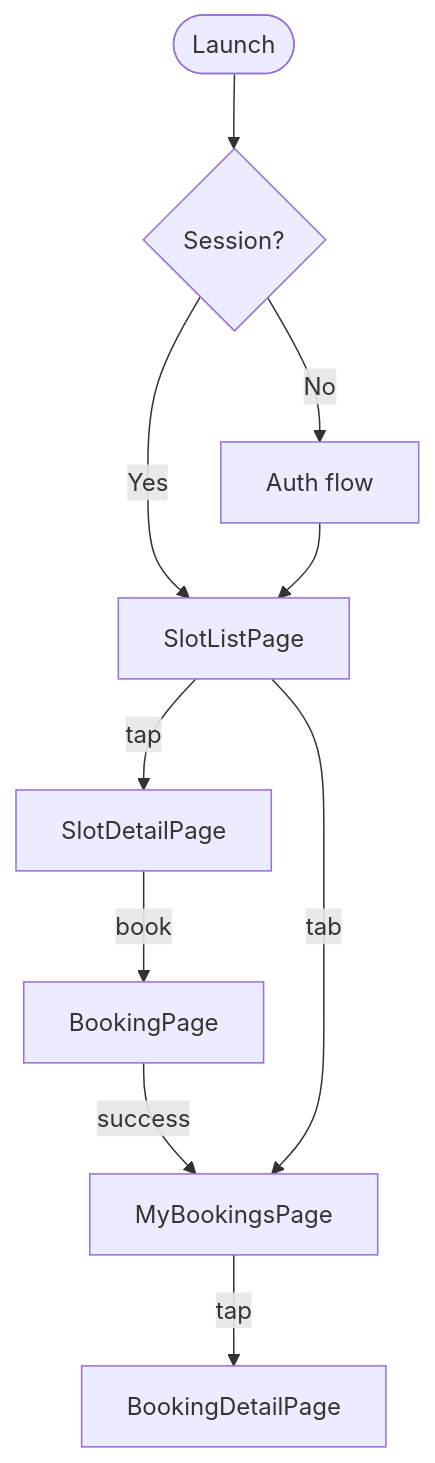
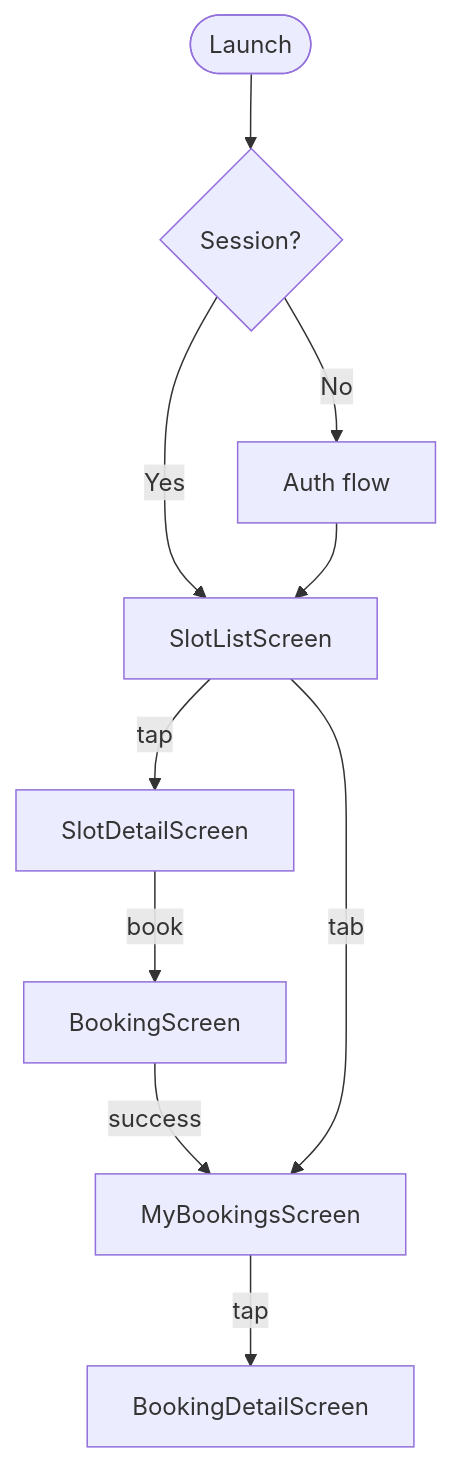
One commit to noragami66/Surf changed the first of 2 diagrams in docs/02-architecture.md. Above: the diagram before and after it, drawn with Mermaid. The commit also changed other lines of this file and 7 other files, not shown here.

First line of the commit message:
PLATF-005: docs: add application layer and align architecture with Deriverse

````diff
--- a/docs/02-architecture.md
+++ b/docs/02-architecture.md
@@ -92,12 +263,12 @@
 ```mermaid
 flowchart TD
     Start([Launch]) --> AuthCheck{Session?}
     AuthCheck -->|No| Login[Auth flow]
-    AuthCheck -->|Yes| Slots[SlotListPage]
+    AuthCheck -->|Yes| Slots[SlotListScreen]
     Login --> Slots
-    Slots -->|tap| Detail[SlotDetailPage]
-    Detail -->|book| Booking[BookingPage]
-    Booking -->|success| MyBookings[MyBookingsPage]
+    Slots -->|tap| Detail[SlotDetailScreen]
+    Detail -->|book| Booking[BookingScreen]
+    Booking -->|success| MyBookings[MyBookingsScreen]
     Slots -->|tab| MyBookings
-    MyBookings -->|tap| BookingDetail[BookingDetailPage]
+    MyBookings -->|tap| BookingDetail[BookingDetailScreen]
 ```
````
